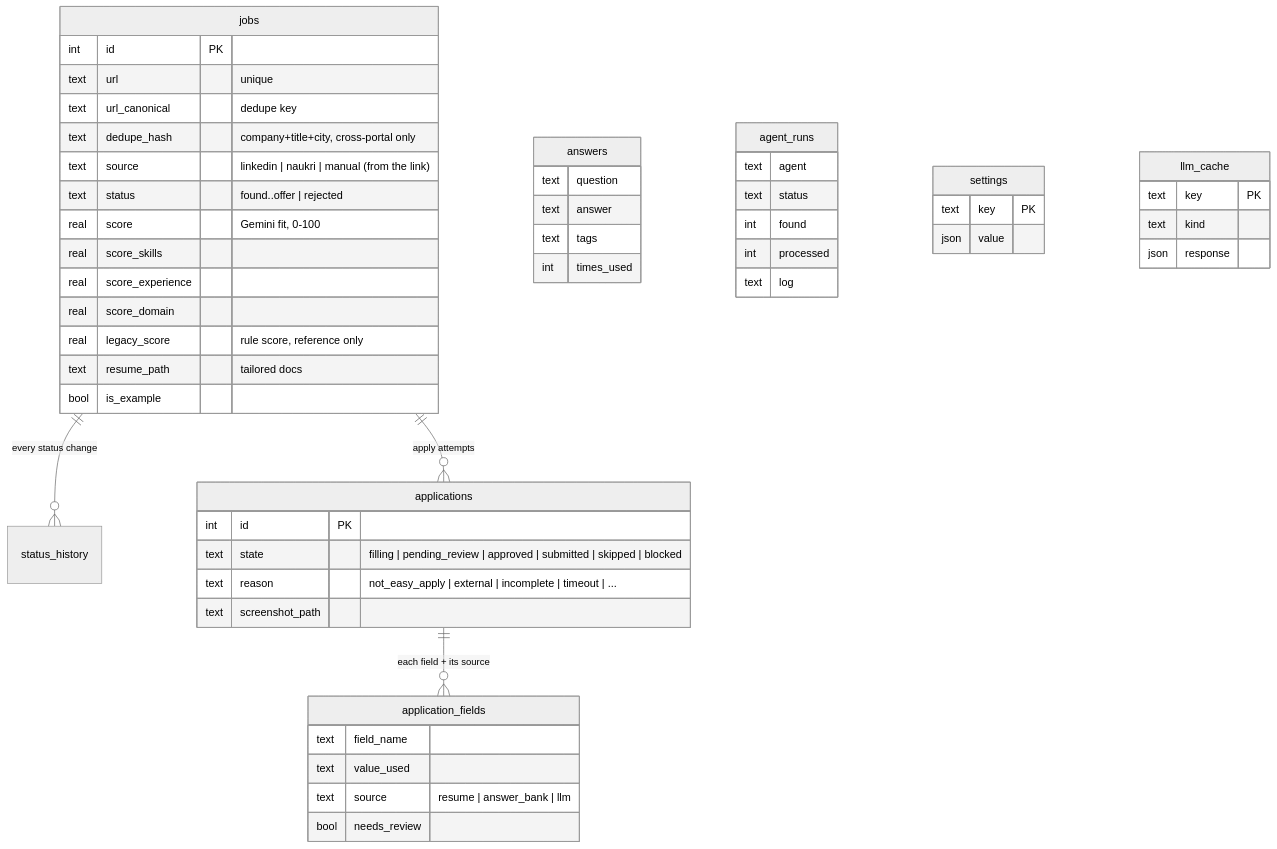
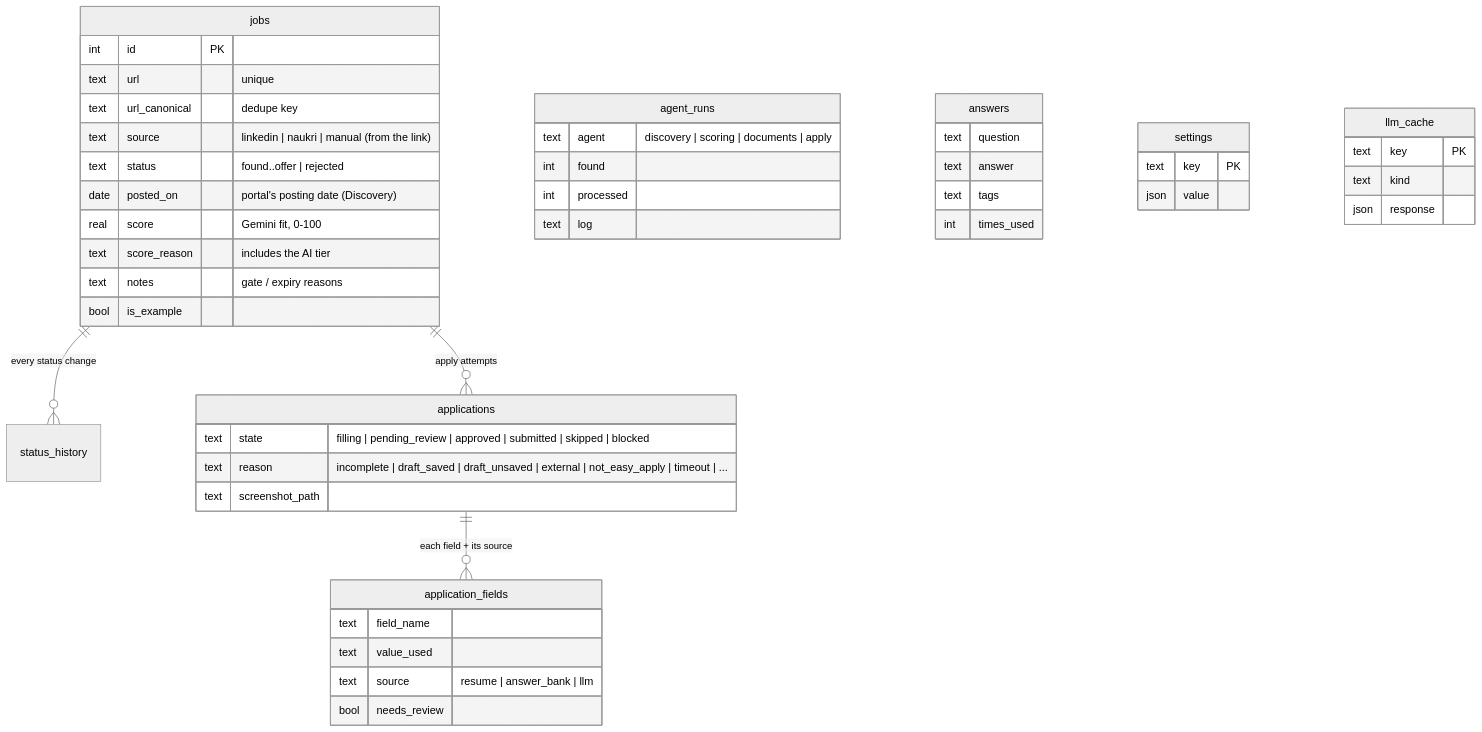
Before and after one commit to Krissh007/JobPilot: the second of 4 diagrams in docs/DESIGN.md, drawn with Mermaid (neutral theme). The commit also changed other lines of this file and 1 other file, not shown here.

````diff
--- a/docs/DESIGN.md
+++ b/docs/DESIGN.md
@@ -93,37 +86,33 @@
 ```mermaid
 erDiagram
   jobs ||--o{ status_history : "every status change"
   jobs ||--o{ applications : "apply attempts"
   applications ||--o{ application_fields : "each field + its source"
   jobs {
     int id PK
     text url "unique"
     text url_canonical "dedupe key"
-    text dedupe_hash "company+title+city, cross-portal only"
     text source "linkedin | naukri | manual (from the link)"
     text status "found..offer | rejected"
+    date posted_on "portal's posting date (Discovery)"
     real score "Gemini fit, 0-100"
-    real score_skills
-    real score_experience
-    real score_domain
-    real legacy_score "rule score, reference only"
-    text resume_path "tailored docs"
+    text score_reason "includes the AI tier"
+    text notes "gate / expiry reasons"
     bool is_example
   }
   applications {
-    int id PK
     text state "filling | pending_review | approved | submitted | skipped | blocked"
-    text reason "not_easy_apply | external | incomplete | timeout | ..."
+    text reason "incomplete | draft_saved | draft_unsaved | external | not_easy_apply | timeout | ..."
     text screenshot_path
   }
   application_fields {
     text field_name
     text value_used
     text source "resume | answer_bank | llm"
     bool needs_review
   }
+  agent_runs { text agent "discovery | scoring | documents | apply"  int found  int processed  text log }
   answers { text question  text answer  text tags  int times_used }
-  agent_runs { text agent  text status  int found  int processed  text log }
   settings { text key PK  json value }
   llm_cache { text key PK  text kind  json response }
 ```
````
